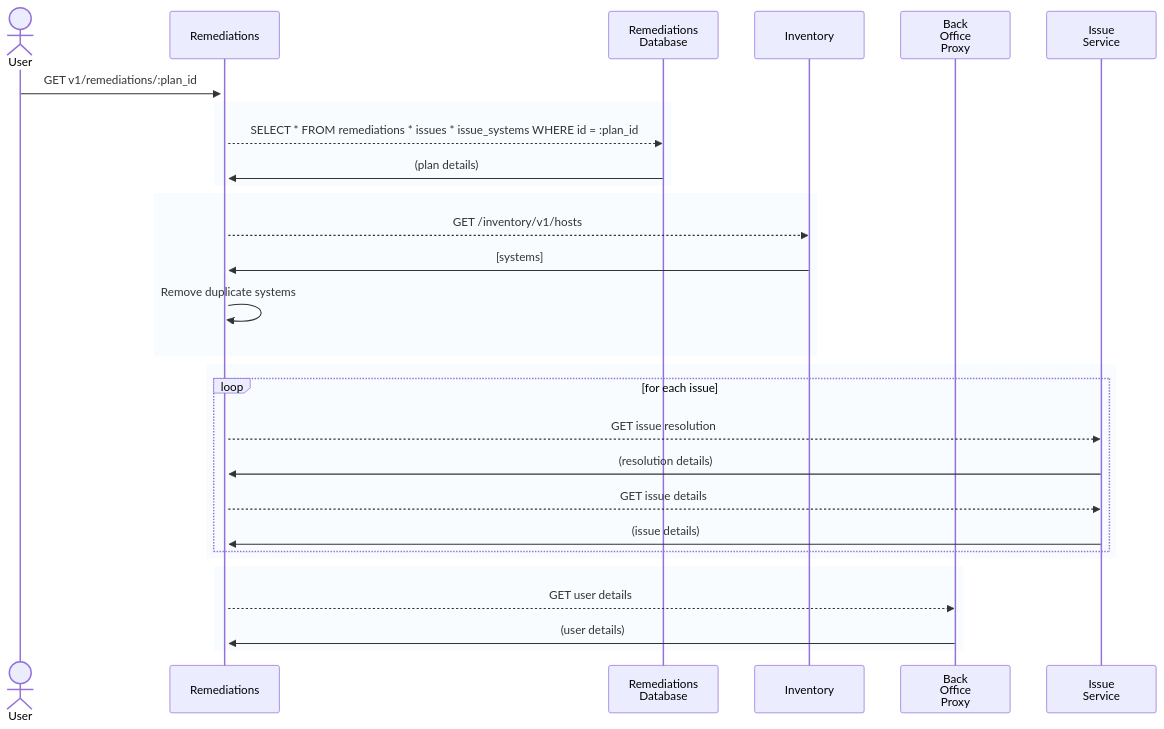
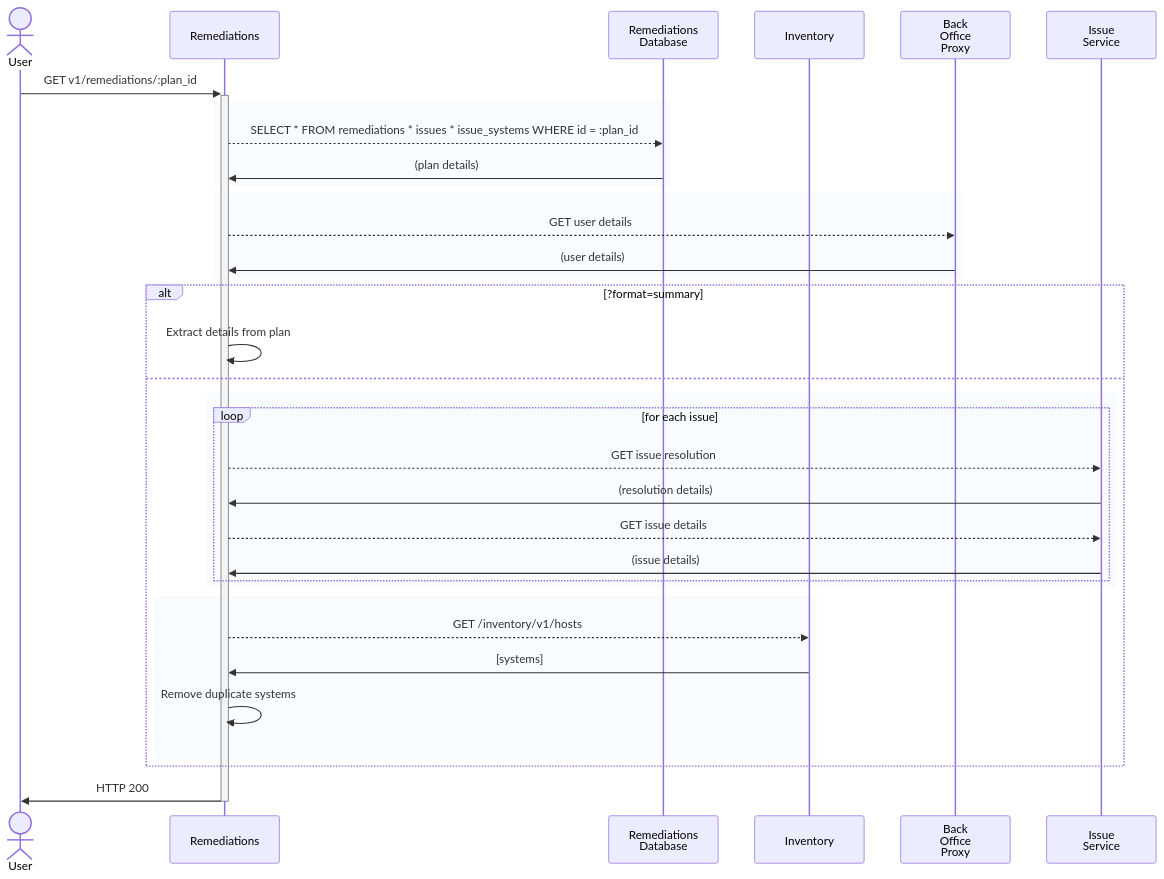
The diagram in doc/diagrams/v1/remediations/{plan_id}/get.md (RedHatInsights/insights-remediations), drawn with Mermaid before and after one commit. The commit also changed other lines of this file, not shown here.

Commit message:
RHINENG-16702: Updated sequence diagram

````diff
--- a/doc/diagrams/v1/remediations/{plan_id}/get.md
+++ b/doc/diagrams/v1/remediations/{plan_id}/get.md
@@ -15,37 +18,42 @@
 ```mermaid
 sequenceDiagram
     actor u as User
     participant rem as Remediations
     participant db as Remediations<br>Database
     participant hbi as Inventory
     participant bop as Back<br>Office<br>Proxy
     participant svc as Issue<br>Service
 
     u ->> + rem: GET v1/remediations/:plan_id
+    
+    rect rgba(191, 223, 255, .1)
+        rem -->> db: SELECT * FROM remediations * issues * issue_systems WHERE id = :plan_id
+        db ->> rem: (plan details)
+    end
+    
+    rect rgba(191, 223, 255, .1)
+        rem -->> bop: GET user details
+        bop ->> rem: (user details)
+    end
+    
+    alt ?format=summary
+        rem ->> rem: Extract details from plan
+    else    
+        rect rgba(191, 223, 255, .1)
+           loop for each issue
+              rem -->> svc: GET issue resolution
+              svc ->> rem: (resolution details)
+              rem -->> svc: GET issue details
+              svc ->> rem: (issue details)
+           end
+        end
 
-   rect rgba(191, 223, 255, .1)
-       rem -->> db: SELECT * FROM remediations * issues * issue_systems WHERE id = :plan_id
-       db ->> rem: (plan details)
-   end
-   
-   rect rgba(191, 223, 255, .1)
-      rem -->> hbi: GET /inventory/v1/hosts
-      hbi ->> rem: [systems]
-      rem ->> rem: Remove duplicate systems
-   end
-
-   rect rgba(191, 223, 255, .1)
-      loop for each issue
-         rem -->> svc: GET issue resolution
-         svc ->> rem: (resolution details)
-         rem -->> svc: GET issue details
-         svc ->> rem: (issue details)
-      end
-   end
-
-   rect rgba(191, 223, 255, .1)
-      rem -->> bop: GET user details
-      bop ->> rem: (user details)
-   end
-
+        rect rgba(191, 223, 255, .1)
+            rem -->> hbi: GET /inventory/v1/hosts
+            hbi ->> rem: [systems]
+            rem ->> rem: Remove duplicate systems
+        end
+    end
+    
+    rem ->> - u: HTTP 200
 ```
````
